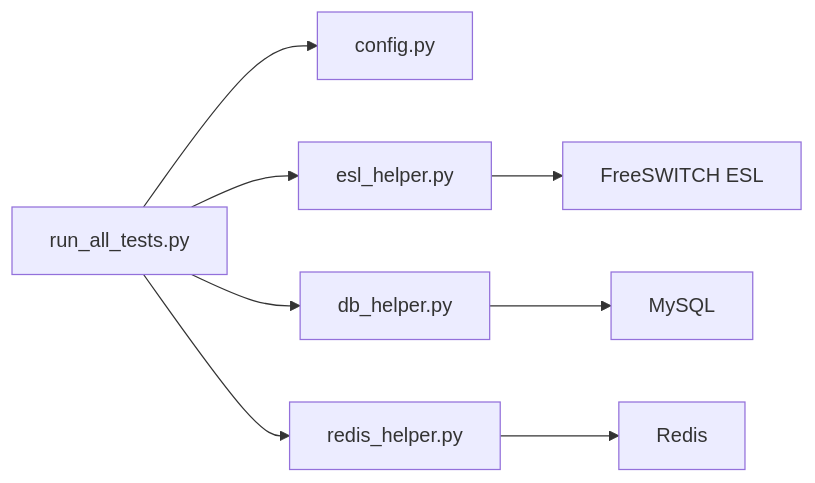
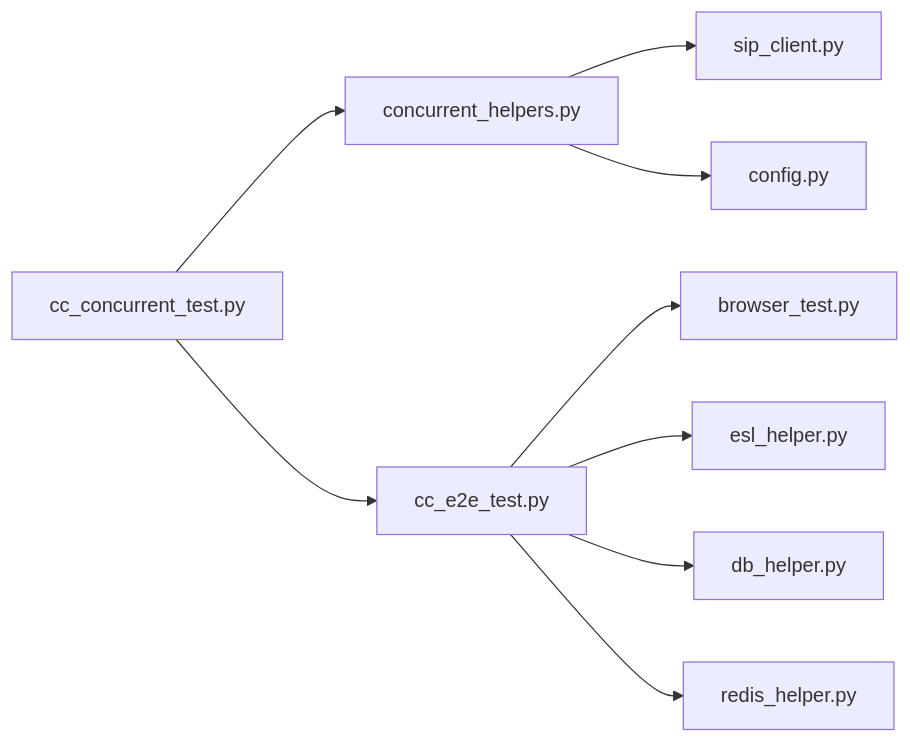
The sixth of 6 diagrams in .qoder/repowiki/zh/content/IVR流程系统/流程测试工具.md (D2Moqi/open-ipcc), drawn with Mermaid before and after one commit. The commit also changed other lines of this file and 577 other files, not shown here.

````diff
--- a/.qoder/repowiki/zh/content/IVR流程系统/流程测试工具.md
+++ b/.qoder/repowiki/zh/content/IVR流程系统/流程测试工具.md
@@ -253,10 +359,11 @@
 ```mermaid
 graph LR
-Run["run_all_tests.py"] --> Cfg["config.py"]
-Run --> ESL["esl_helper.py"]
-Run --> DB["db_helper.py"]
-Run --> RDS["redis_helper.py"]
-ESL --> FS["FreeSWITCH ESL"]
-DB --> MYSQL["MySQL"]
-RDS --> REDIS["Redis"]
+Conc["cc_concurrent_test.py"] --> CH["concurrent_helpers.py"]
+Conc --> E2E["cc_e2e_test.py"]
+CH --> Sip["sip_client.py"]
+CH --> Conf["config.py"]
+E2E --> Browser["browser_test.py"]
+E2E --> ESL["esl_helper.py"]
+E2E --> DB["db_helper.py"]
+E2E --> Redis["redis_helper.py"]
 ```
````
